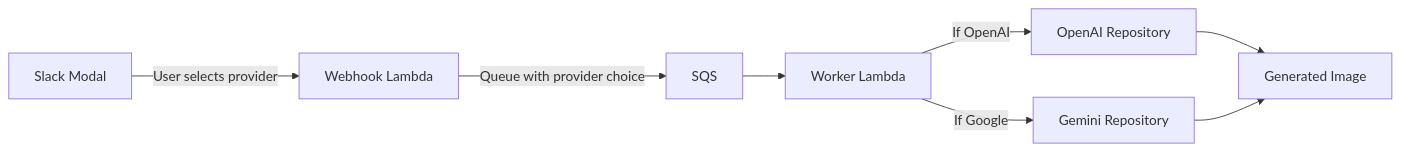
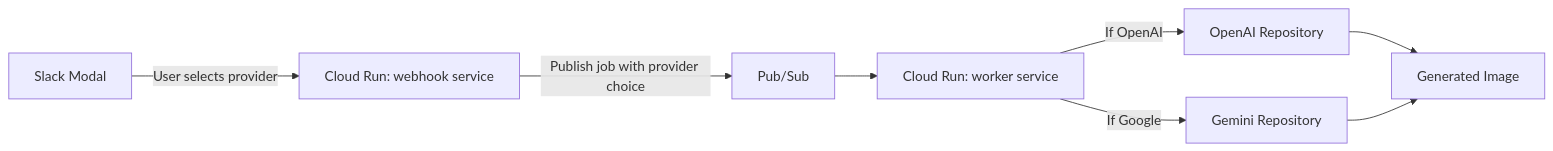
One commit to willtech3/emoji-smith changed the diagram in docs/google-nano-banana-migration.md. Above: the diagram before and after it, drawn with Mermaid. The commit also changed other lines of this file and 85 other files, not shown here.

````diff
--- a/docs/google-nano-banana-migration.md
+++ b/docs/google-nano-banana-migration.md
@@ -40,10 +40,10 @@
 ```mermaid
 graph LR
-    A[Slack Modal] -->|User selects provider| B[Webhook Lambda]
-    B -->|Queue with provider choice| C[SQS]
-    C --> D[Worker Lambda]
+    A[Slack Modal] -->|User selects provider| B[Cloud Run: webhook service]
+    B -->|Publish job with provider choice| C[Pub/Sub]
+    C --> D[Cloud Run: worker service]
     D -->|If OpenAI| E[OpenAI Repository]
     D -->|If Google| F[Gemini Repository]
     E --> G[Generated Image]
     F --> G
 ```
````
